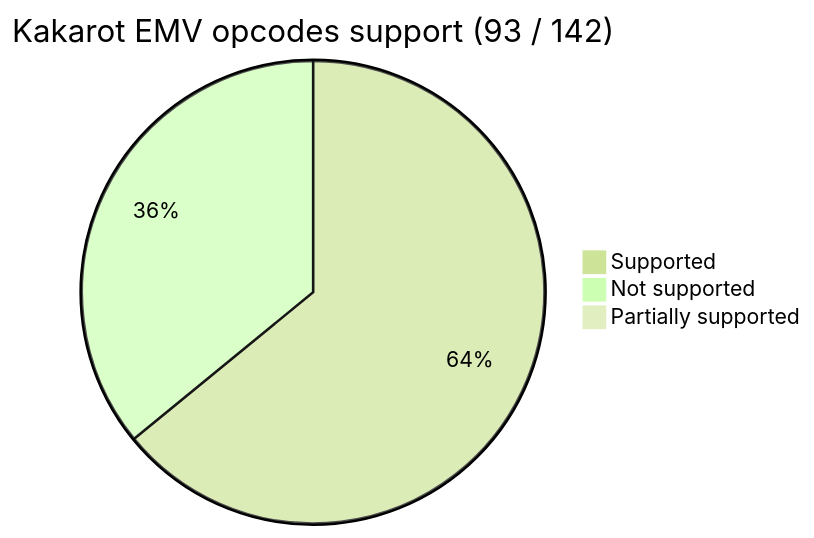
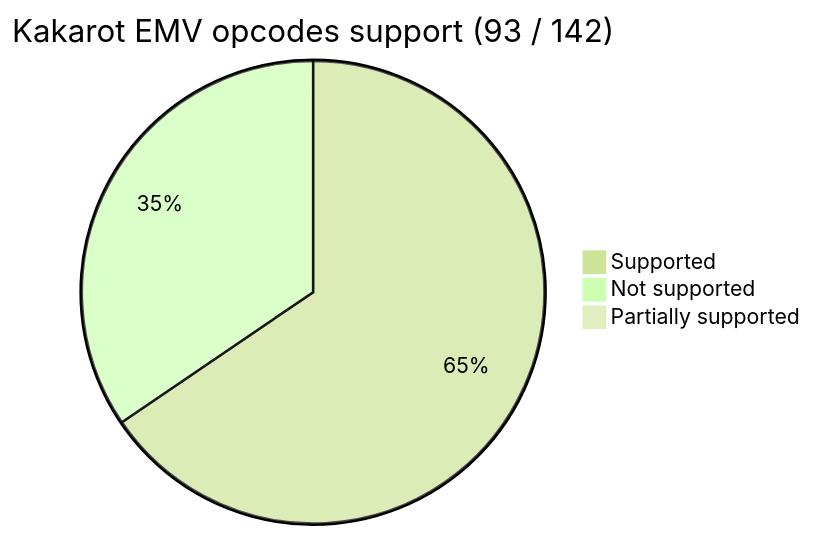
The first of 2 diagrams in README.md (kkrt-labs/kakarot), drawn with Mermaid before and after one commit.

Commit message:
:memo: Update opcodes chart

````diff
--- a/README.md
+++ b/README.md
@@ -40,8 +40,8 @@
 ```mermaid
 %%{init: {'theme': 'forest', 'themeVariables': { 'darkMode': 'false'}}}%%
 pie title Kakarot EMV opcodes support (93 / 142)
-    "Supported" : 91
-    "Not supported" : 51
+    "Supported" : 93
+    "Not supported" : 49
 
     "Partially supported" : 0
 ```
````
